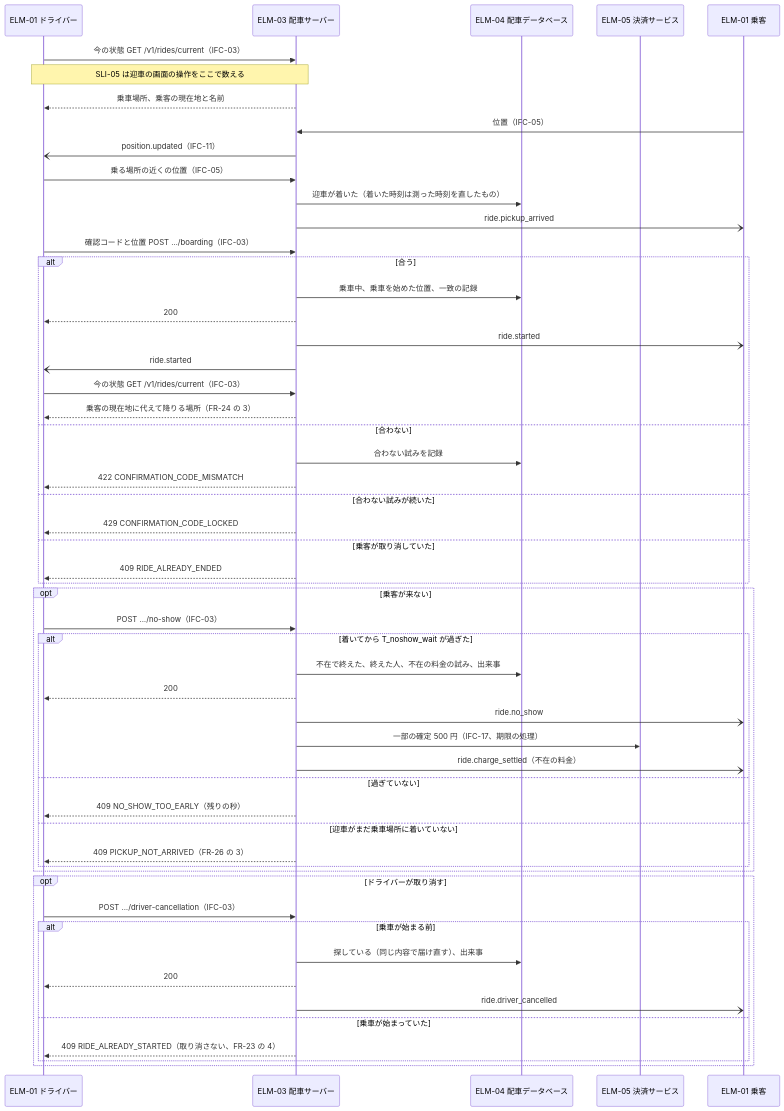
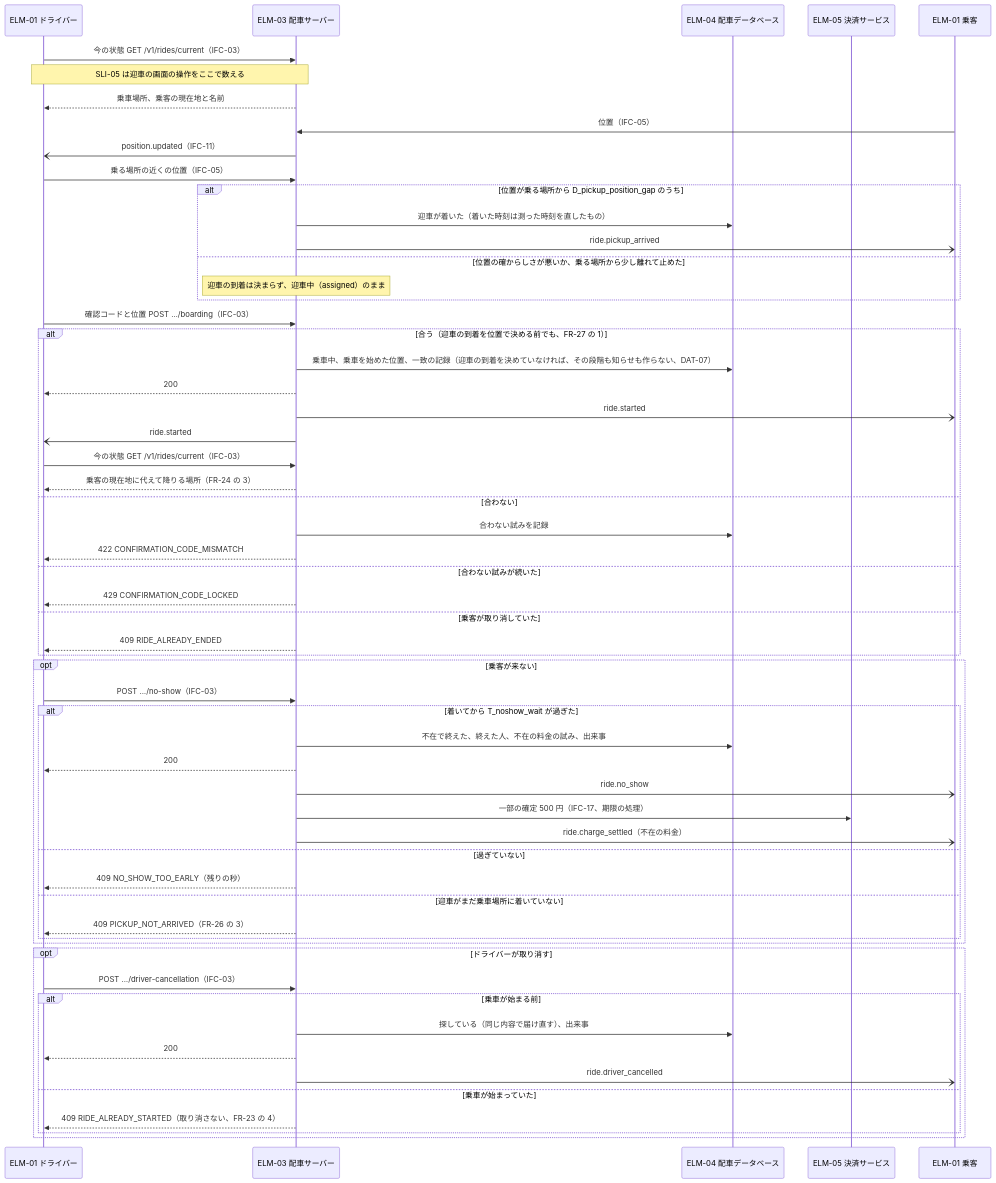
Before and after one commit to Taro000/ride-hailing-app-demo: diagram 11 of 57 in docs/design/3-high-level-design.md, drawn with Mermaid. The commit also changed other lines of this file and 23 other files, not shown here.

````diff
--- a/docs/design/3-high-level-design.md
+++ b/docs/design/3-high-level-design.md
@@ -505,56 +511,60 @@
 ```mermaid
 sequenceDiagram
   participant D as ELM-01 ドライバー
   participant S as ELM-03 配車サーバー
   participant DB as ELM-04 配車データベース
   participant PAY as ELM-05 決済サービス
   participant P as ELM-01 乗客
   D->>S: 今の状態 GET /v1/rides/current（IFC-03）
   Note over D,S: SLI-05 は迎車の画面の操作をここで数える
   S-->>D: 乗車場所、乗客の現在地と名前
   P->>S: 位置（IFC-05）
   S-)D: position.updated（IFC-11）
   D->>S: 乗る場所の近くの位置（IFC-05）
-  S->>DB: 迎車が着いた（着いた時刻は測った時刻を直したもの）
-  S-)P: ride.pickup_arrived
+  alt 位置が乗る場所から D_pickup_position_gap のうち
+    S->>DB: 迎車が着いた（着いた時刻は測った時刻を直したもの）
+    S-)P: ride.pickup_arrived
+  else 位置の確からしさが悪いか、乗る場所から少し離れて止めた
+    Note over S: 迎車の到着は決まらず、迎車中（assigned）のまま
+  end
   D->>S: 確認コードと位置 POST …/boarding（IFC-03）
-  alt 合う
-    S->>DB: 乗車中、乗車を始めた位置、一致の記録
+  alt 合う（迎車の到着を位置で決める前でも、FR-27 の 1）
+    S->>DB: 乗車中、乗車を始めた位置、一致の記録（迎車の到着を決めていなければ、その段階も知らせも作らない、DAT-07）
     S-->>D: 200
     S-)P: ride.started
     S-)D: ride.started
     D->>S: 今の状態 GET /v1/rides/current（IFC-03）
     S-->>D: 乗客の現在地に代えて降りる場所（FR-24 の 3）
   else 合わない
     S->>DB: 合わない試みを記録
     S-->>D: 422 CONFIRMATION_CODE_MISMATCH
   else 合わない試みが続いた
     S-->>D: 429 CONFIRMATION_CODE_LOCKED
   else 乗客が取り消していた
     S-->>D: 409 RIDE_ALREADY_ENDED
   end
   opt 乗客が来ない
     D->>S: POST …/no-show（IFC-03）
     alt 着いてから T_noshow_wait が過ぎた
       S->>DB: 不在で終えた、終えた人、不在の料金の試み、出来事
       S-->>D: 200
       S-)P: ride.no_show
       S->>PAY: 一部の確定 500 円（IFC-17、期限の処理）
       S-)P: ride.charge_settled（不在の料金）
     else 過ぎていない
       S-->>D: 409 NO_SHOW_TOO_EARLY（残りの秒）
     else 迎車がまだ乗車場所に着いていない
       S-->>D: 409 PICKUP_NOT_ARRIVED（FR-26 の 3）
     end
   end
   opt ドライバーが取り消す
     D->>S: POST …/driver-cancellation（IFC-03）
     alt 乗車が始まる前
       S->>DB: 探している（同じ内容で届け直す）、出来事
       S-->>D: 200
       S-)P: ride.driver_cancelled
     else 乗車が始まっていた
       S-->>D: 409 RIDE_ALREADY_STARTED（取り消さない、FR-23 の 4）
     end
   end
 ```
````
